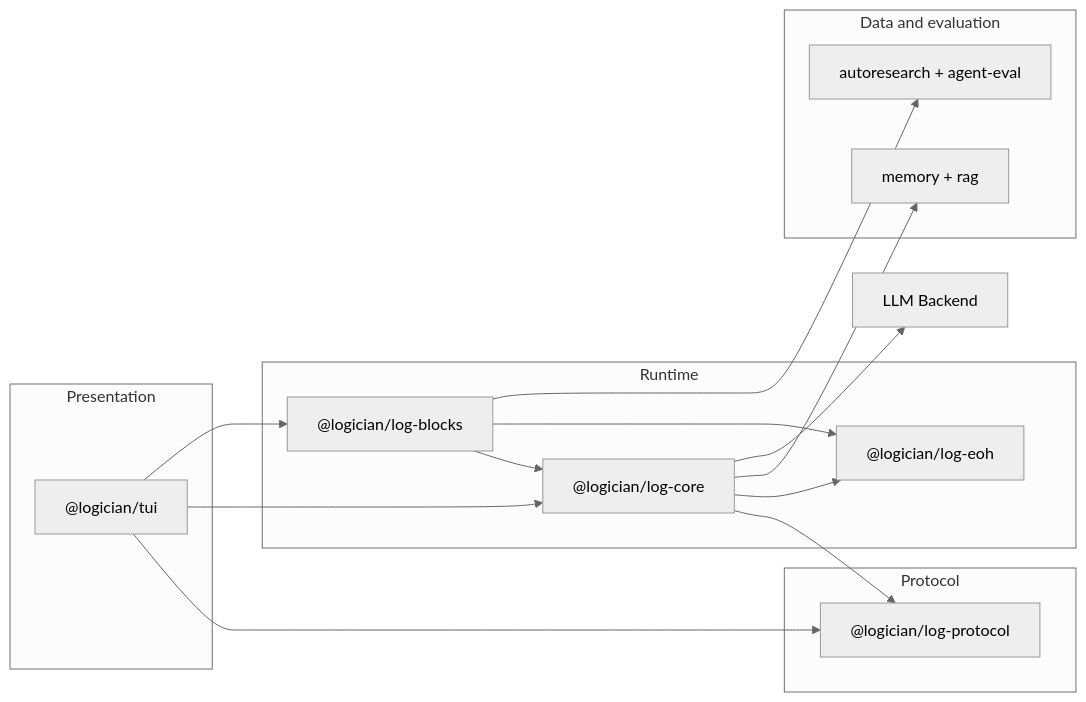
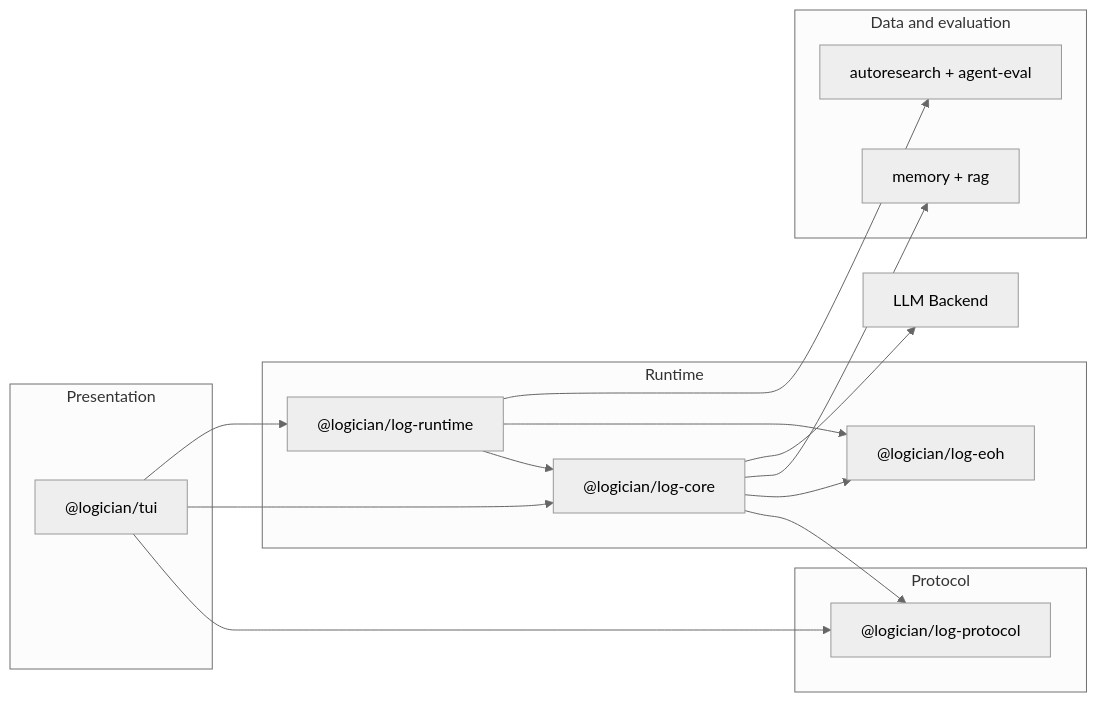
The first of 2 diagrams in docs/architecture/overview.md (lseman/logician), drawn with Mermaid (neutral theme) before and after one commit. The commit also changed 43 other files, not shown here.

````diff
--- a/docs/architecture/overview.md
+++ b/docs/architecture/overview.md
@@ -12,28 +12,28 @@
 ```mermaid
 graph LR
   subgraph Presentation
     A["@logician/tui"]
   end
   subgraph Protocol
     P["@logician/log-protocol"]
   end
   subgraph Runtime
     C["@logician/log-core"]
-    D["@logician/log-blocks"]
+    D["@logician/log-runtime"]
     H["@logician/log-eoh"]
   end
   subgraph DataAndEvaluation["Data and evaluation"]
     M["memory + rag"]
     E["autoresearch + agent-eval"]
   end
   A --> P
   A --> C
   C --> P
   D --> C
   D --> H
   C --> H
   A --> D
   C --> M
   D --> E
   C --> L[LLM Backend]
 ```
````
